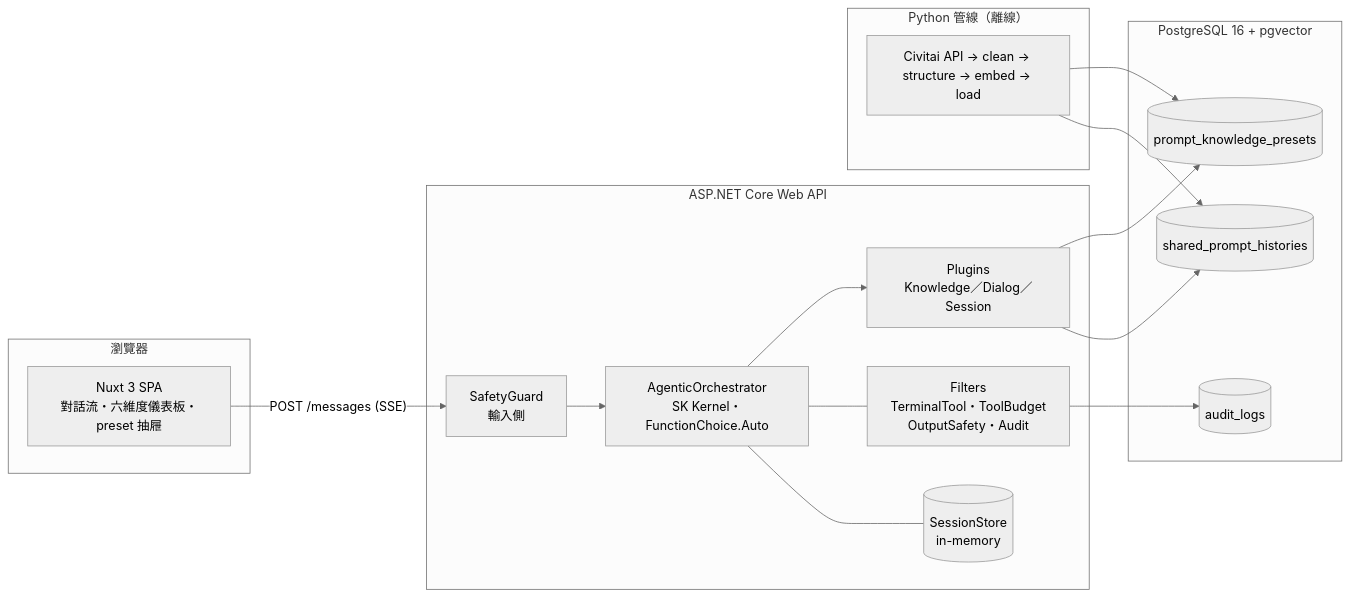
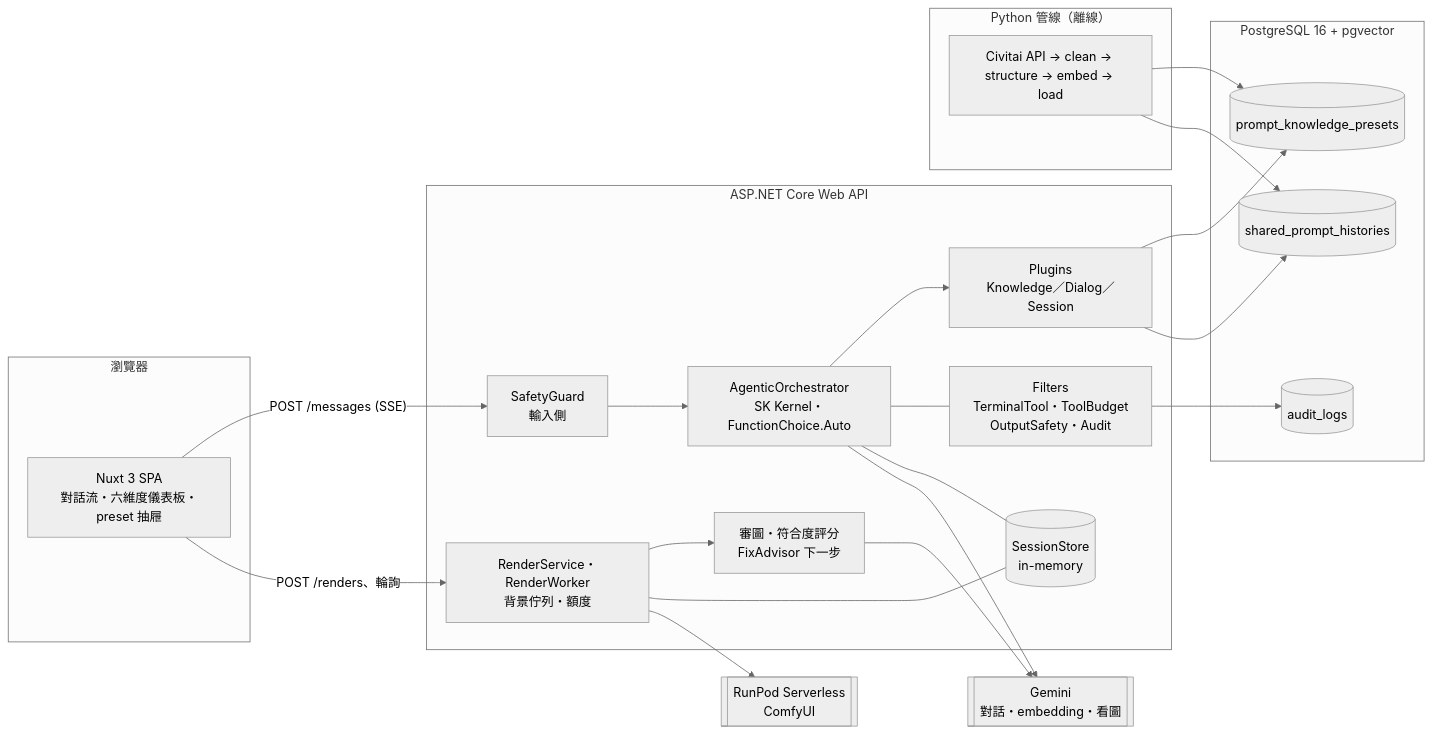
The diagram in README.md (zhengjielin2018-web/GenAIPromptCopilot), drawn with Mermaid (neutral theme) before and after one commit. The commit also changed other lines of this file and 3 other files, not shown here.

````diff
--- a/README.md
+++ b/README.md
@@ -14,30 +15,40 @@
 ```mermaid
 flowchart LR
     subgraph browser[瀏覽器]
         spa[Nuxt 3 SPA<br/>對話流・六維度儀表板・preset 抽屜]
     end
     subgraph api[ASP.NET Core Web API]
         guard[SafetyGuard<br/>輸入側]
         orch[AgenticOrchestrator<br/>SK Kernel・FunctionChoice.Auto]
         plugins[Plugins<br/>Knowledge／Dialog／Session]
         filters[Filters<br/>TerminalTool・ToolBudget<br/>OutputSafety・Audit]
         store[(SessionStore<br/>in-memory)]
+        render[RenderService・RenderWorker<br/>背景佇列・額度]
+        judge[審圖・符合度評分<br/>FixAdvisor 下一步]
         guard --> orch --> plugins
         orch --- filters
         orch --- store
+        render --> judge
+        render --- store
     end
+    gemini[[Gemini<br/>對話・embedding・看圖]]
+    runpod[[RunPod Serverless<br/>ComfyUI]]
     subgraph pg[PostgreSQL 16 + pgvector]
         presets[(prompt_knowledge_presets)]
         histories[(shared_prompt_histories)]
         audit[(audit_logs)]
     end
     subgraph py[Python 管線（離線）]
         pipe[Civitai API → clean → structure → embed → load]
     end
     spa -- "POST /messages (SSE)" --> guard
+    spa -- "POST /renders、輪詢" --> render
+    orch --> gemini
+    judge --> gemini
+    render --> runpod
     plugins --> presets
     plugins --> histories
     filters --> audit
     pipe --> presets
     pipe --> histories
 ```
````
